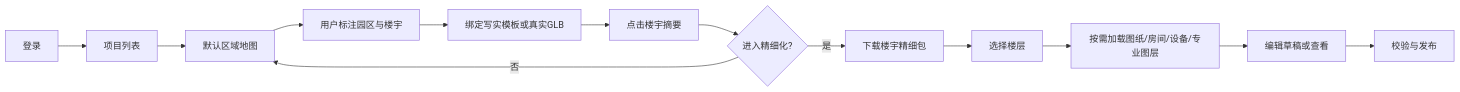
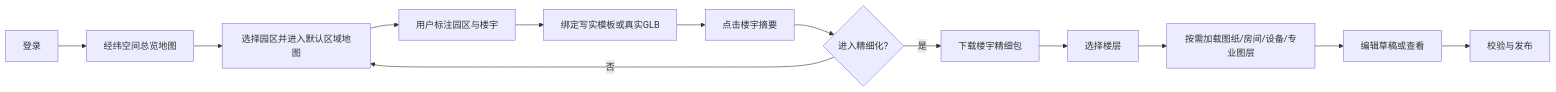
Before and after one commit to joe194910/jingwei-spatial-twin: the first of 2 diagrams in JINGWEI_SPATIAL_TWIN_MASTER_PLAN.md, drawn with Mermaid. The commit also changed other lines of this file and 36 other files, not shown here.

````diff
--- a/JINGWEI_SPATIAL_TWIN_MASTER_PLAN.md
+++ b/JINGWEI_SPATIAL_TWIN_MASTER_PLAN.md
@@ -80,15 +81,15 @@
 ```mermaid
 flowchart LR
-  A[登录] --> B[项目列表]
-  B --> C[默认区域地图]
+  A[登录] --> B[经纬空间总览地图]
+  B --> C[选择园区并进入默认区域地图]
   C --> D[用户标注园区与楼宇]
   D --> E[绑定写实模板或真实GLB]
   E --> F[点击楼宇摘要]
   F --> G{进入精细化?}
   G -- 否 --> C
   G -- 是 --> H[下载楼宇精细包]
   H --> I[选择楼层]
   I --> J[按需加载图纸/房间/设备/专业图层]
   J --> K[编辑草稿或查看]
   K --> L[校验与发布]
 ```
````
